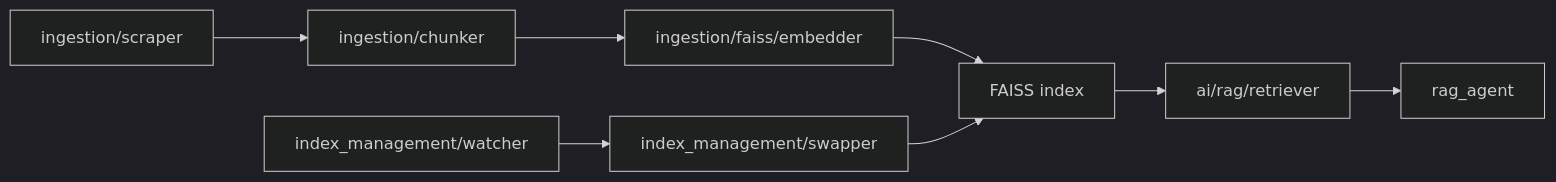
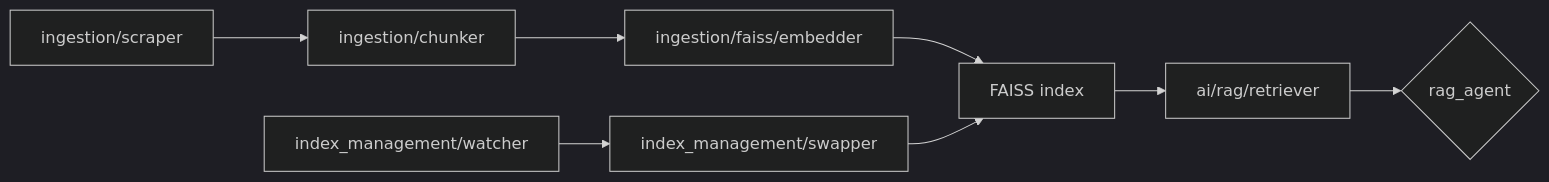
The third of 5 diagrams in README.md (Quantum-Blade1/multi-agent-model), drawn with Mermaid (dark theme) before and after one commit. The commit also changed other lines of this file, not shown here.

````diff
--- a/README.md
+++ b/README.md
@@ -109,10 +148,10 @@
 ```mermaid
 flowchart LR
     scraper["ingestion/scraper"] --> chunker["ingestion/chunker"]
     chunker --> embedder["ingestion/faiss/embedder"]
     embedder --> faissIndex["FAISS index"]
     faissIndex --> retriever["ai/rag/retriever"]
-    retriever --> ragAgent["rag_agent"]
+    retriever --> ragAgent{"rag_agent"}
     watcher["index_management/watcher"] --> swapper["index_management/swapper"]
     swapper --> faissIndex
 ```
````
